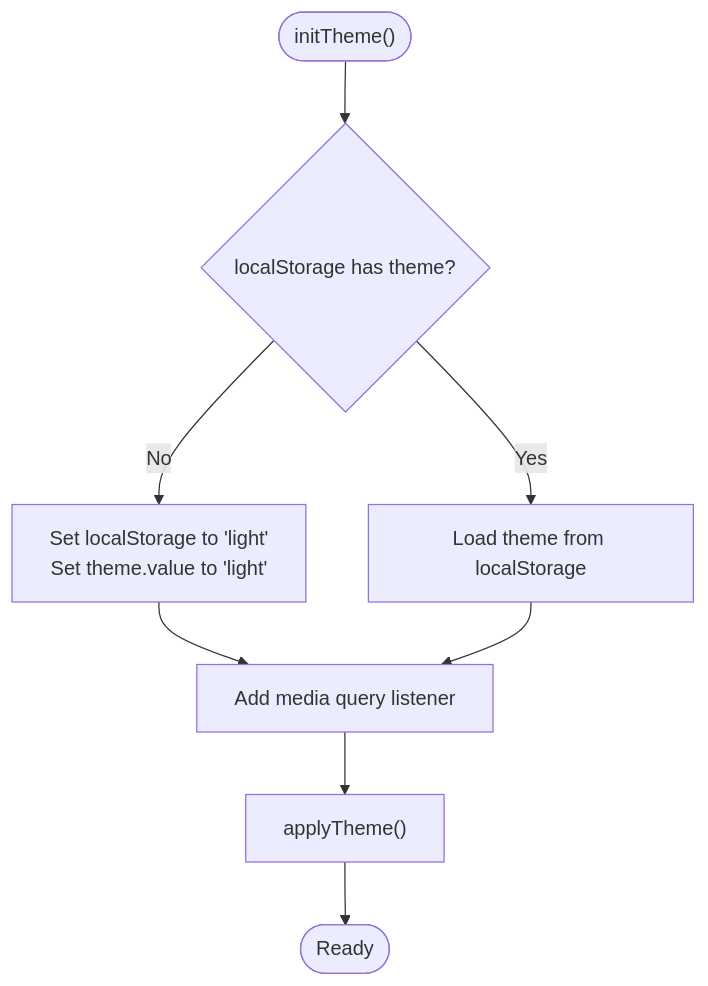
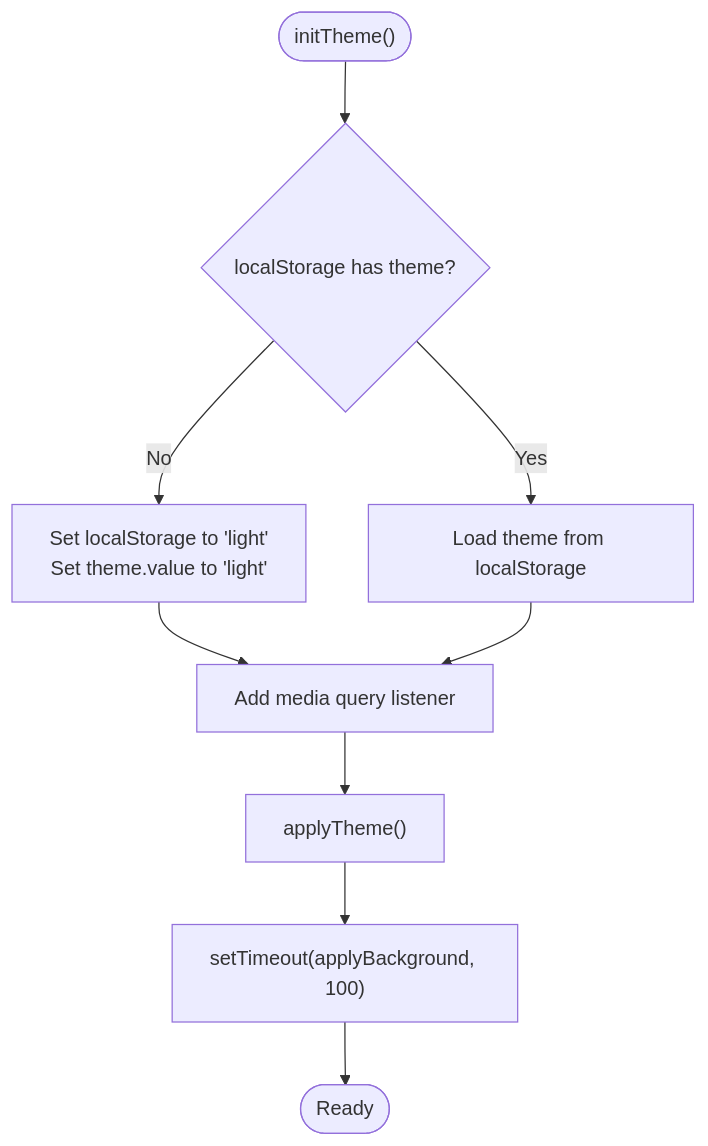
The third of 8 diagrams in .qoder/repowiki/en/content/Frontend Architecture/Theming and Customization.md (Nikita5543/New-SSO-02), drawn with Mermaid before and after one commit. The commit also changed other lines of this file and 7 other files, not shown here.

````diff
--- a/.qoder/repowiki/en/content/Frontend Architecture/Theming and Customization.md
+++ b/.qoder/repowiki/en/content/Frontend Architecture/Theming and Customization.md
@@ -165,10 +196,11 @@
 ```mermaid
 flowchart TD
 Start(["initTheme()"]) --> Check{"localStorage has theme?"}
 Check --> |No| SetDefault["Set localStorage to 'light'<br/>Set theme.value to 'light'"]
 Check --> |Yes| LoadTheme["Load theme from localStorage"]
 SetDefault --> MQ["Add media query listener"]
 LoadTheme --> MQ
 MQ --> Apply["applyTheme()"]
-Apply --> End(["Ready"])
+Apply --> BGTimeout["setTimeout(applyBackground, 100)"]
+BGTimeout --> End(["Ready"])
 ```
````
